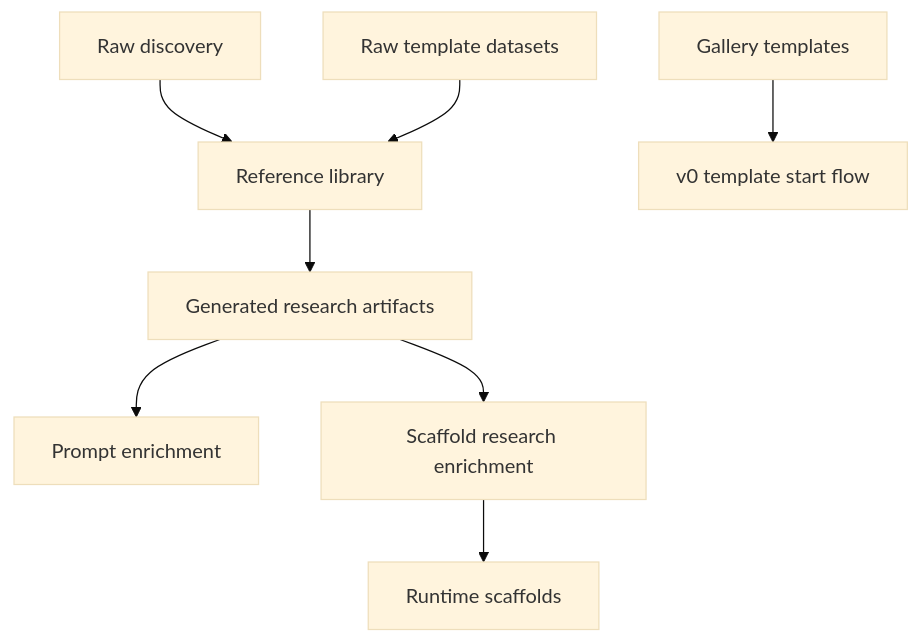
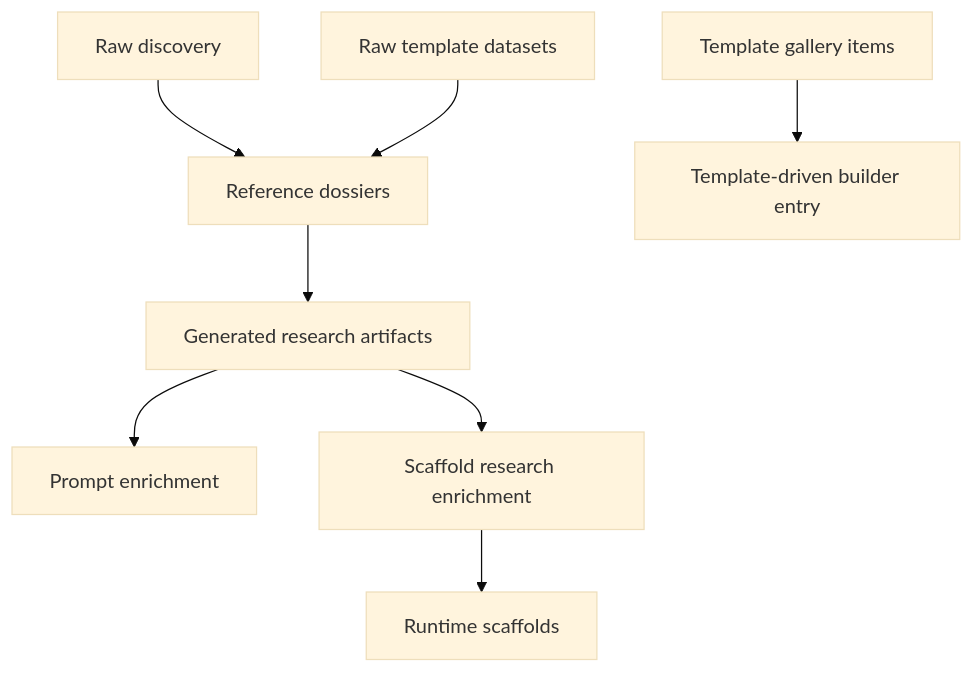
One commit to Jakeminator123/sajtmaskin changed the diagram in docs/architecture/structure-and-terminology.md. Above: the diagram before and after it, drawn with Mermaid (base theme). The commit also changed other lines of this file and 406 other files, not shown here.

````diff
--- a/docs/architecture/structure-and-terminology.md
+++ b/docs/architecture/structure-and-terminology.md
@@ -63,10 +126,10 @@
 ```mermaid
 flowchart TD
-  rawDiscovery["Raw discovery"] --> referenceLibrary["Reference library"]
+  rawDiscovery["Raw discovery"] --> referenceLibrary["Reference dossiers"]
   rawDatasets["Raw template datasets"] --> referenceLibrary
   referenceLibrary --> generatedArtifacts["Generated research artifacts"]
   generatedArtifacts --> promptEnrichment["Prompt enrichment"]
   generatedArtifacts --> scaffoldEnrichment["Scaffold research enrichment"]
   scaffoldEnrichment --> runtimeScaffolds["Runtime scaffolds"]
-  galleryTemplates["Gallery templates"] --> v0TemplateStart["v0 template start flow"]
+  galleryTemplates["Template gallery items"] --> templateStart["Template-driven builder entry"]
 ```
````
